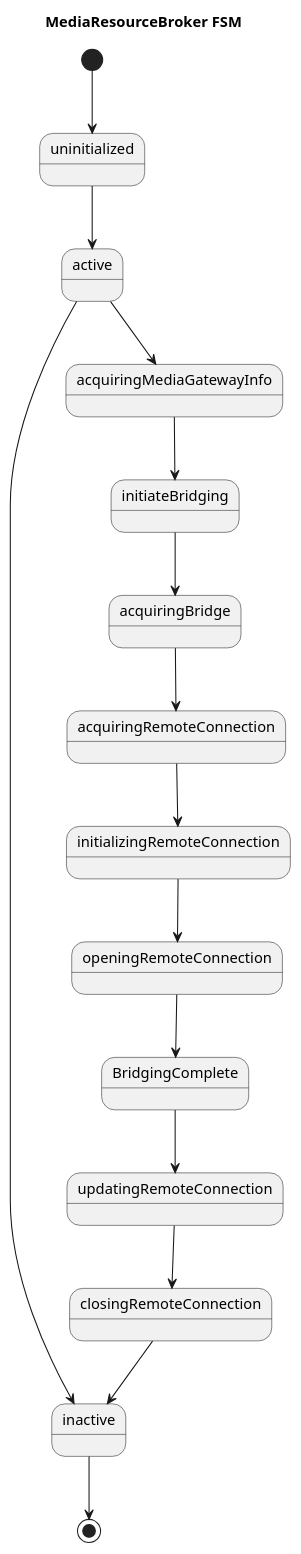
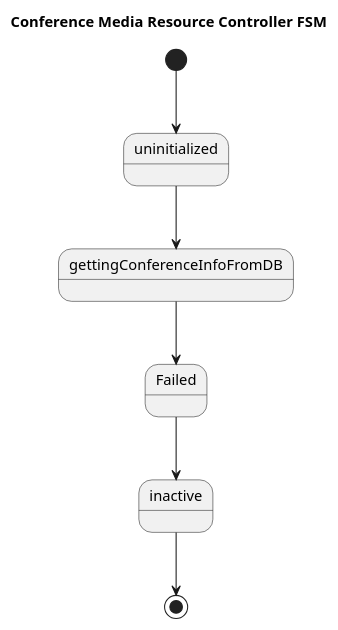
One commit to RestComm/Restcomm-Connect changed the diagram in architecture_diagrams/mscontrol/cascadingconference/cascading-conference-mrb-state-machine.adoc. Above: the diagram before and after it, drawn with PlantUML. The commit also changed 37 other files, not shown here.

Commit message:
changed state machine of conferenceController to get conference ep id #1104

```diff
--- a/architecture_diagrams/mscontrol/cascadingconference/cascading-conference-mrb-state-machine.adoc
+++ b/architecture_diagrams/mscontrol/cascadingconference/cascading-conference-mrb-state-machine.adoc
@@ -1,18 +1,12 @@
-[plantuml, cascading-conference-mrb-state-machine, svg]     
+[plantuml, cascading-conference-cmrc-state-machine, svg]     
 ....
-title MediaResourceBroker FSM
-[*] --> uninitialized
-uninitialized-->active
-active-->inactive
-active-->acquiringMediaGatewayInfo
-acquiringMediaGatewayInfo-->initiateBridging
-initiateBridging-->acquiringBridge
-acquiringBridge-->acquiringRemoteConnection
-acquiringRemoteConnection-->initializingRemoteConnection
-initializingRemoteConnection-->openingRemoteConnection
-openingRemoteConnection-->BridgingComplete
-BridgingComplete-->updatingRemoteConnection
-updatingRemoteConnection-->closingRemoteConnection
-closingRemoteConnection-->inactive
-inactive--> [*]
+title Conference Media Resource Controller FSM
+
+[*] -->uninitialized
+uninitialized-->gettingConferenceInfoFromDB
+
+
+gettingConferenceInfoFromDB-->Failed
+Failed-->inactive
+inactive-->[*]
 ....
```
